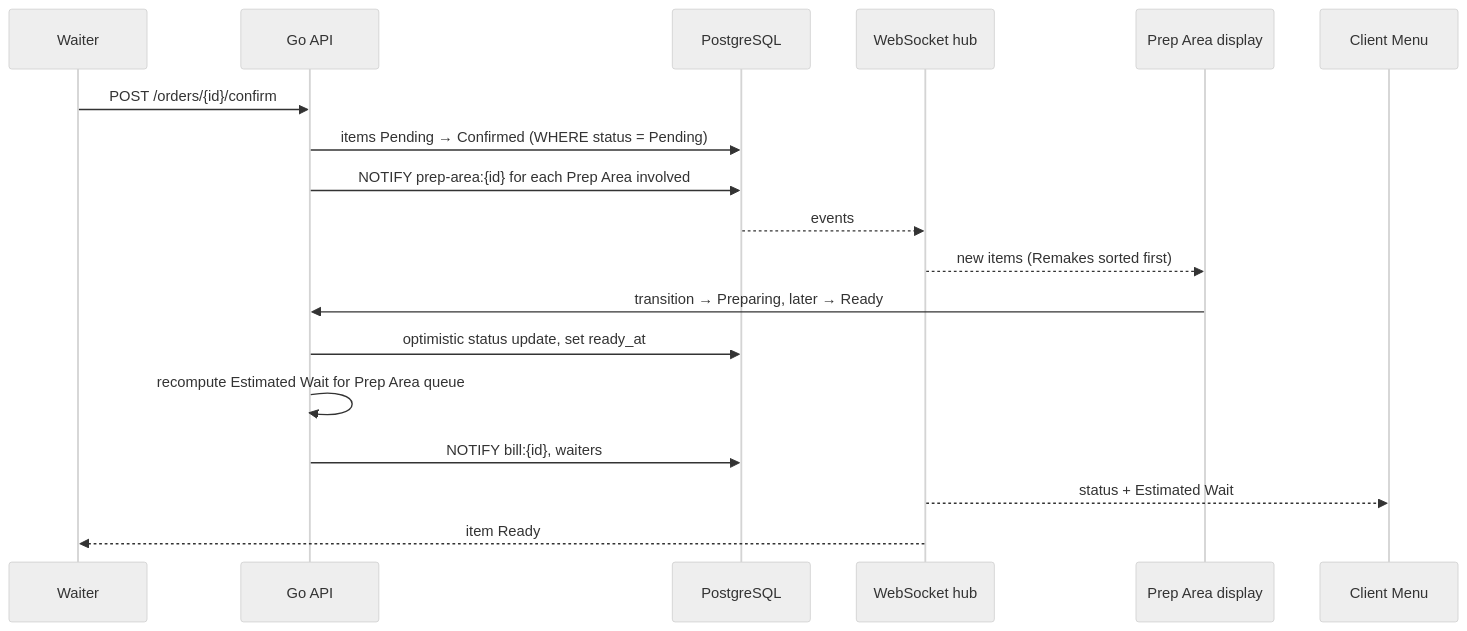
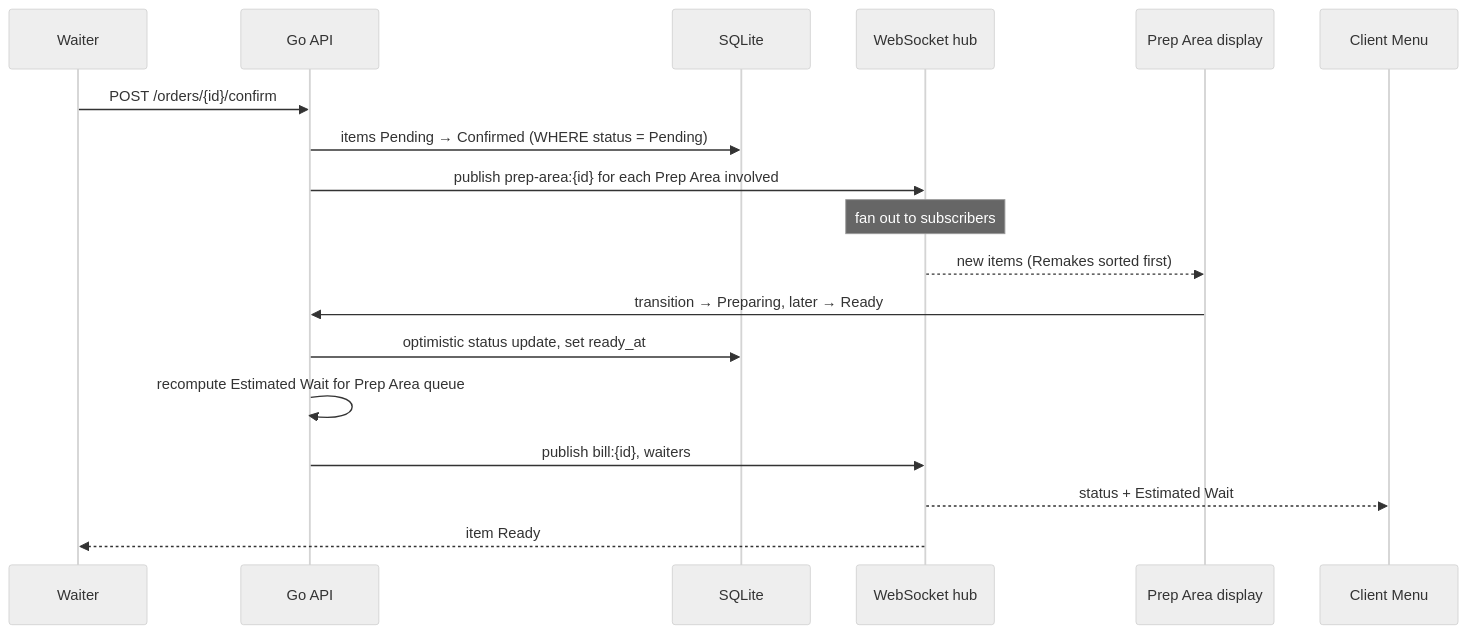
Before and after one commit to morpikssolutionsDev/Shusi_latte: diagram 29 of 35 in docs/OVERVIEW-AND-FLOWS.md, drawn with Mermaid (neutral theme). The commit also changed other lines of this file and 105 other files, not shown here.

````diff
--- a/docs/OVERVIEW-AND-FLOWS.md
+++ b/docs/OVERVIEW-AND-FLOWS.md
@@ -755,20 +757,20 @@
 ```mermaid
 sequenceDiagram
   participant W as Waiter
   participant API as Go API
-  participant DB as PostgreSQL
+  participant DB as SQLite
   participant HUB as WebSocket hub
   participant K as Prep Area display
   participant C as Client Menu
   W->>API: POST /orders/{id}/confirm
   API->>DB: items Pending → Confirmed (WHERE status = Pending)
-  API->>DB: NOTIFY prep-area:{id} for each Prep Area involved
-  DB-->>HUB: events
+  API->>HUB: publish prep-area:{id} for each Prep Area involved
+  Note over HUB: fan out to subscribers
   HUB-->>K: new items (Remakes sorted first)
   K->>API: transition → Preparing, later → Ready
   API->>DB: optimistic status update, set ready_at
   API->>API: recompute Estimated Wait for Prep Area queue
-  API->>DB: NOTIFY bill:{id}, waiters
+  API->>HUB: publish bill:{id}, waiters
   HUB-->>C: status + Estimated Wait
   HUB-->>W: item Ready
 ```
````
